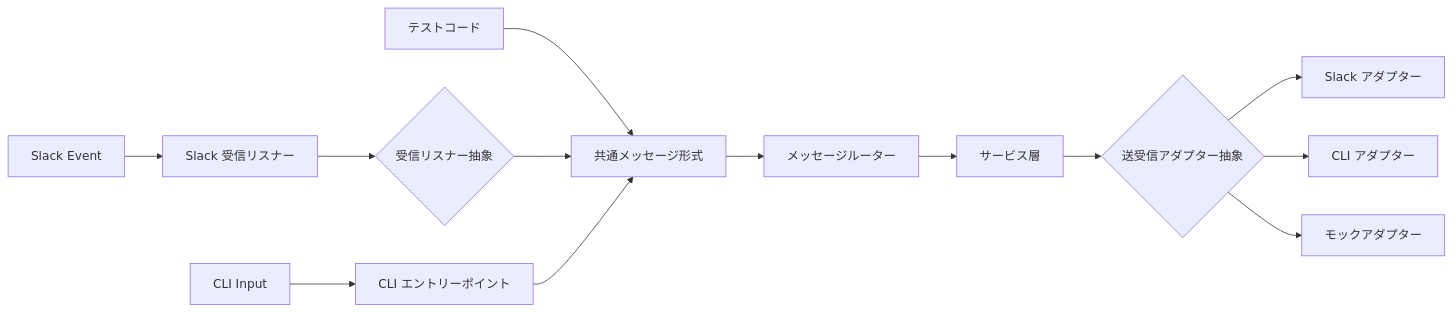
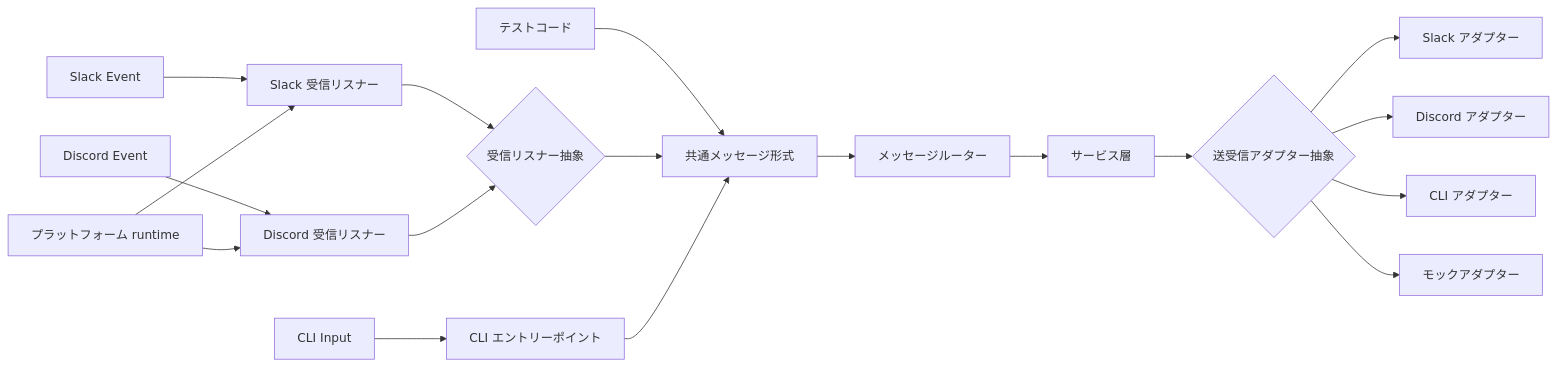
Before and after one commit to becky3/ai-assistant: the diagram in docs/specs/features/cli-adapter.md, drawn with Mermaid. The commit also changed other lines of this file and 5 other files, not shown here.

````diff
--- a/docs/specs/features/cli-adapter.md
+++ b/docs/specs/features/cli-adapter.md
@@ -76,18 +79,24 @@
 ```mermaid
 flowchart LR
     SE[Slack Event] --> SL[Slack 受信リスナー]
+    DE[Discord Event] --> DL[Discord 受信リスナー]
     CI[CLI Input] --> CL[CLI エントリーポイント]
     TC[テストコード] --> IM[共通メッセージ形式]
 
+    RT[プラットフォーム runtime] --> SL
+    RT --> DL
+
     SL --> LP{受信リスナー抽象}
+    DL --> LP
     LP --> IM
     CL --> IM
 
     IM --> MR[メッセージルーター]
     MR --> SV[サービス層]
     SV --> MP{送受信アダプター抽象}
 
     MP --> SA[Slack アダプター]
+    MP --> DA[Discord アダプター]
     MP --> CA[CLI アダプター]
     MP --> MA[モックアダプター]
 ```
````
